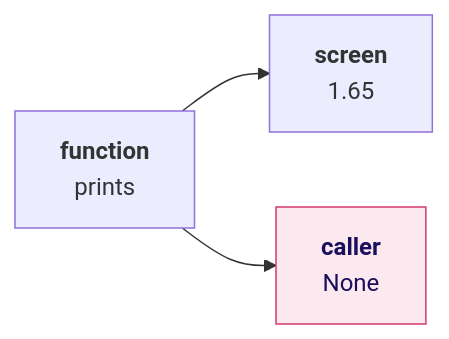
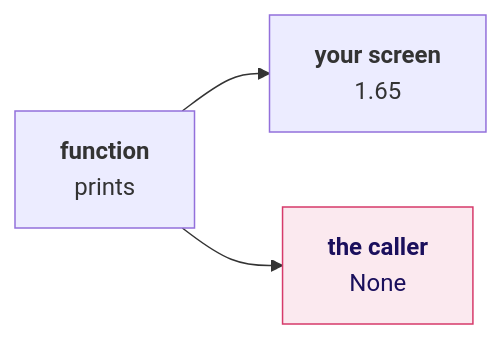
Before and after one commit to fde-academy-lab/c2-content-factory: diagram 11 of 13 in content/W01/D2/slides/C2_W01_D02_half1_STUDENT.md, drawn with Mermaid. The commit also changed other lines of this file and 3 other files, not shown here.

````diff
--- a/content/W01/D2/slides/C2_W01_D02_half1_STUDENT.md
+++ b/content/W01/D2/slides/C2_W01_D02_half1_STUDENT.md
@@ -825,7 +720,7 @@
 ```mermaid
 flowchart LR
-    F["<b>function</b><br/>prints"] --> S["<b>screen</b><br/>1.65"]
-    F --> R["<b>caller</b><br/>None"]
+    F["<b>function</b><br/>prints"] --> S["<b>your screen</b><br/>1.65"]
+    F --> R["<b>the caller</b><br/>None"]
     classDef bad fill:#FBE9EF,stroke:#D63A6A,color:#1A0F5C
     class R bad
 ```
````
